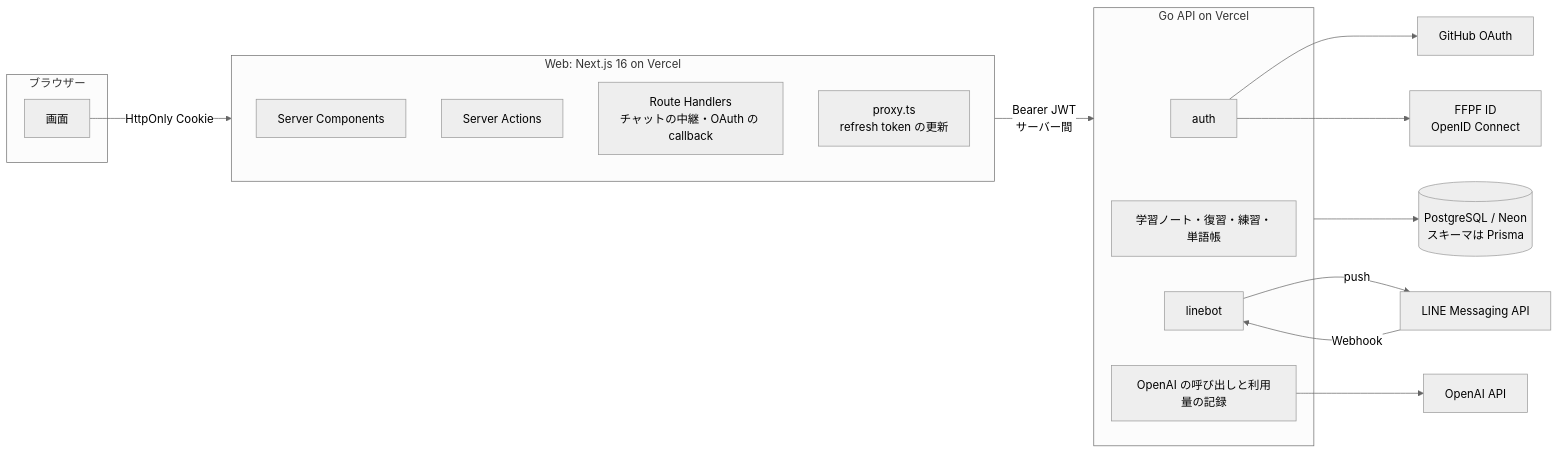
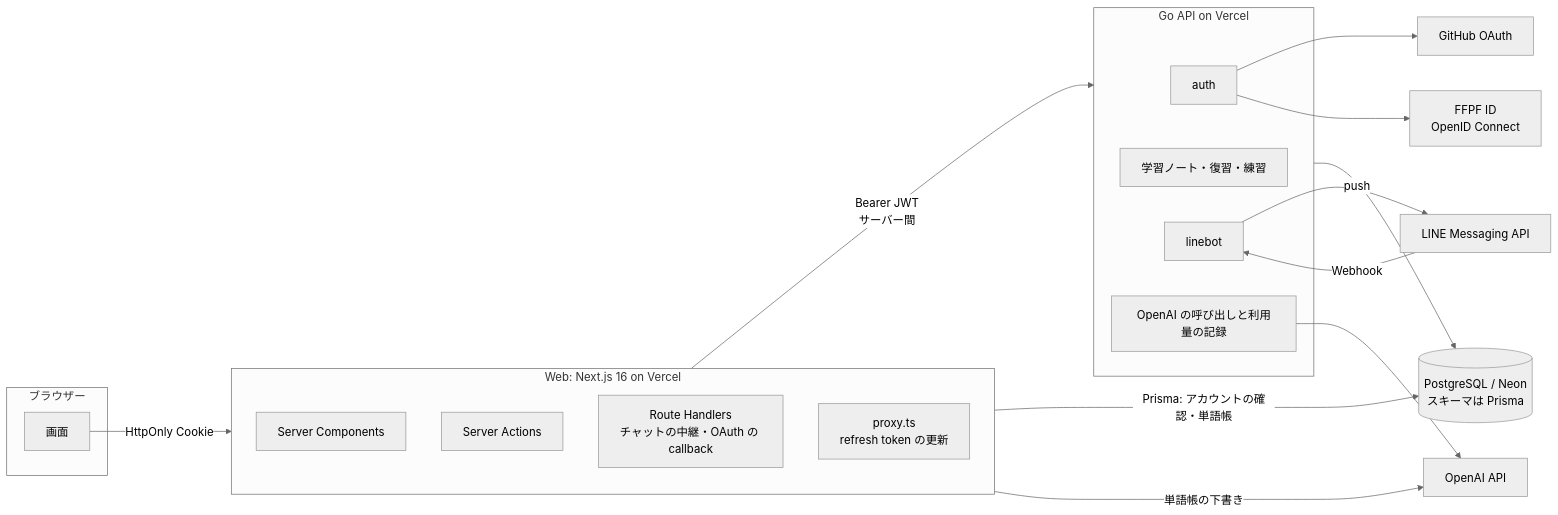
Before and after one commit to Sparklingstadt/ffpf-zhuelog: the first of 2 diagrams in docs/architecture.md, drawn with Mermaid (neutral theme). The commit also changed other lines of this file and 59 other files, not shown here.

````diff
--- a/docs/architecture.md
+++ b/docs/architecture.md
@@ -7,32 +7,34 @@
 ```mermaid
 flowchart LR
   subgraph Browser[ブラウザー]
     UI[画面]
   end
   subgraph Web[Web: Next.js 16 on Vercel]
     RSC[Server Components]
     SA[Server Actions]
     RH[Route Handlers<br/>チャットの中継・OAuth の callback]
     PX[proxy.ts<br/>refresh token の更新]
   end
   subgraph API[Go API on Vercel]
     AUTH[auth]
-    DATA[学習ノート・復習・練習・単語帳]
+    DATA[学習ノート・復習・練習]
     LINEBOT[linebot]
     AI[OpenAI の呼び出しと利用量の記録]
   end
   DB[(PostgreSQL / Neon<br/>スキーマは Prisma)]
   OpenAI[OpenAI API]
   LINE[LINE Messaging API]
   GH[GitHub OAuth]
   FFPF[FFPF ID<br/>OpenID Connect]
 
   UI -->|HttpOnly Cookie| Web
   Web -->|Bearer JWT<br/>サーバー間| API
   API --> DB
+  Web -->|Prisma: アカウントの確認・単語帳| DB
+  Web -->|単語帳の下書き| OpenAI
   AI --> OpenAI
   LINE -->|Webhook| LINEBOT
   LINEBOT -->|push| LINE
   AUTH --> GH
   AUTH --> FFPF
 ```
````
